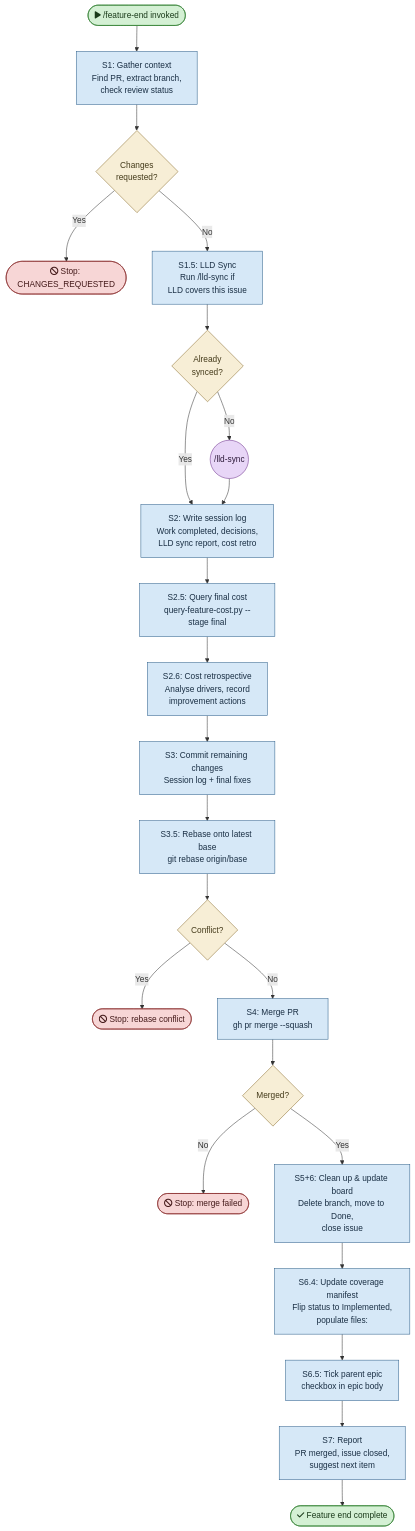
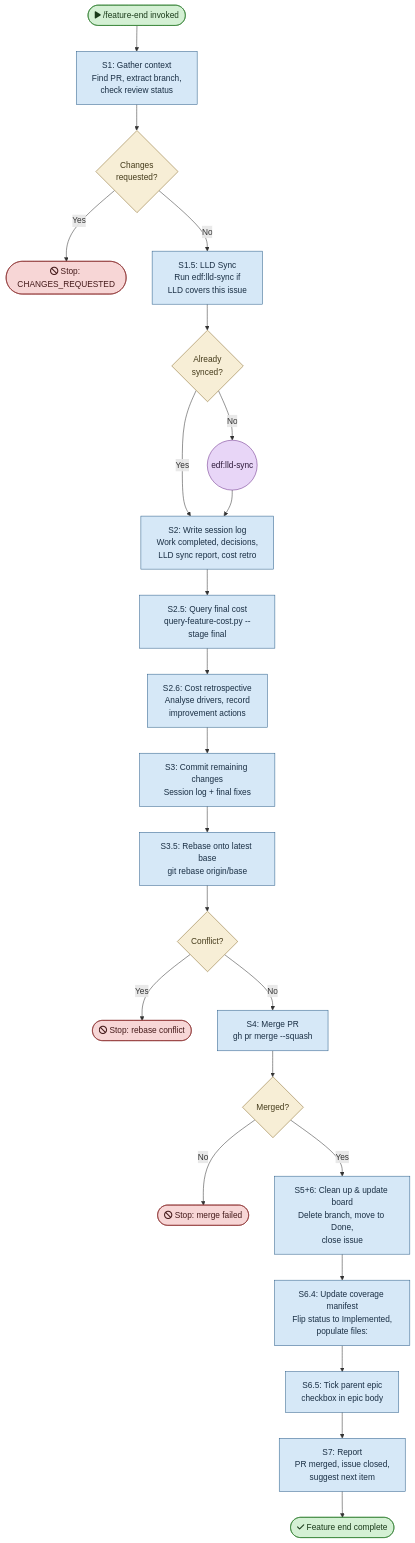
One commit to mironyx/engineering-delivery-framework changed the diagram in plugins/edf/skills/feature-end/flowchart.md. Above: the diagram before and after it, drawn with Mermaid. The commit also changed 23 other files, not shown here.

First line of the commit message:
fix: add missing edf: prefix to cross-skill references across SKILL.md and flowchart.md files

````diff
--- a/plugins/edf/skills/feature-end/flowchart.md
+++ b/plugins/edf/skills/feature-end/flowchart.md
@@ -5,46 +5,46 @@
 ```mermaid
 flowchart TD
     START(["fa:fa-play /feature-end invoked"]) --> S1
 
     S1["S1: Gather context<br/>Find PR, extract branch,<br/>check review status"] --> S1_CHK{"Changes<br/>requested?"}
     S1_CHK -->|"Yes"| STOP_REVIEW(["fa:fa-ban Stop: CHANGES_REQUESTED"])
     S1_CHK -->|"No"| S1_5
 
-    S1_5["S1.5: LLD Sync<br/>Run /lld-sync if<br/>LLD covers this issue"] --> S1_5_CHK{"Already<br/>synced?"}
+    S1_5["S1.5: LLD Sync<br/>Run edf:lld-sync if<br/>LLD covers this issue"] --> S1_5_CHK{"Already<br/>synced?"}
     S1_5_CHK -->|"Yes"| S2
-    S1_5_CHK -->|"No"| S1_5_RUN(("/lld-sync"))
+    S1_5_CHK -->|"No"| S1_5_RUN(("edf:lld-sync"))
     S1_5_RUN --> S2
 
     S2["S2: Write session log<br/>Work completed, decisions,<br/>LLD sync report, cost retro"] --> S2_5["S2.5: Query final cost<br/>query-feature-cost.py --stage final"]
     S2_5 --> S2_6["S2.6: Cost retrospective<br/>Analyse drivers, record<br/>improvement actions"]
 
     S2_6 --> S3["S3: Commit remaining changes<br/>Session log + final fixes"]
     S3 --> S3_5["S3.5: Rebase onto latest base<br/>git rebase origin/base"]
     S3_5 --> S3_5_CHK{"Conflict?"}
     S3_5_CHK -->|"Yes"| STOP_CONFLICT(["fa:fa-ban Stop: rebase conflict"])
     S3_5_CHK -->|"No"| S4
 
     S4["S4: Merge PR<br/>gh pr merge --squash"] --> S4_CHK{"Merged?"}
     S4_CHK -->|"No"| STOP_MERGE(["fa:fa-ban Stop: merge failed"])
     S4_CHK -->|"Yes"| S5
 
     S5["S5+6: Clean up & update board<br/>Delete branch, move to Done,<br/>close issue"] --> S6_4["S6.4: Update coverage manifest<br/>Flip status to Implemented,<br/>populate files:"]
     S6_4 --> S6_5["S6.5: Tick parent epic<br/>checkbox in epic body"]
 
     S6_5 --> S7["S7: Report<br/>PR merged, issue closed,<br/>suggest next item"]
 
     S7 --> DONE(["fa:fa-check Feature end complete"])
 
     %% ── Styles ──
     classDef startend fill:#d4f0d4,stroke:#2d7d2d,color:#1a3a1a
     classDef process fill:#d6e8f7,stroke:#2d5f8a,color:#1a2f44
     classDef agent fill:#e8d6f7,stroke:#6b2d8a,color:#2d1a3a
     classDef decision fill:#f7eed6,stroke:#8a6d2d,color:#443a1a
     classDef stop fill:#f7d6d6,stroke:#8a2d2d,color:#441a1a
 
     class START,DONE startend
     class S1,S1_5,S2,S2_5,S2_6,S3,S3_5,S4,S5,S6_4,S6_5,S7 process
     class S1_5_RUN agent
     class S1_CHK,S1_5_CHK,S3_5_CHK,S4_CHK decision
     class STOP_REVIEW,STOP_CONFLICT,STOP_MERGE stop
 ```
````
